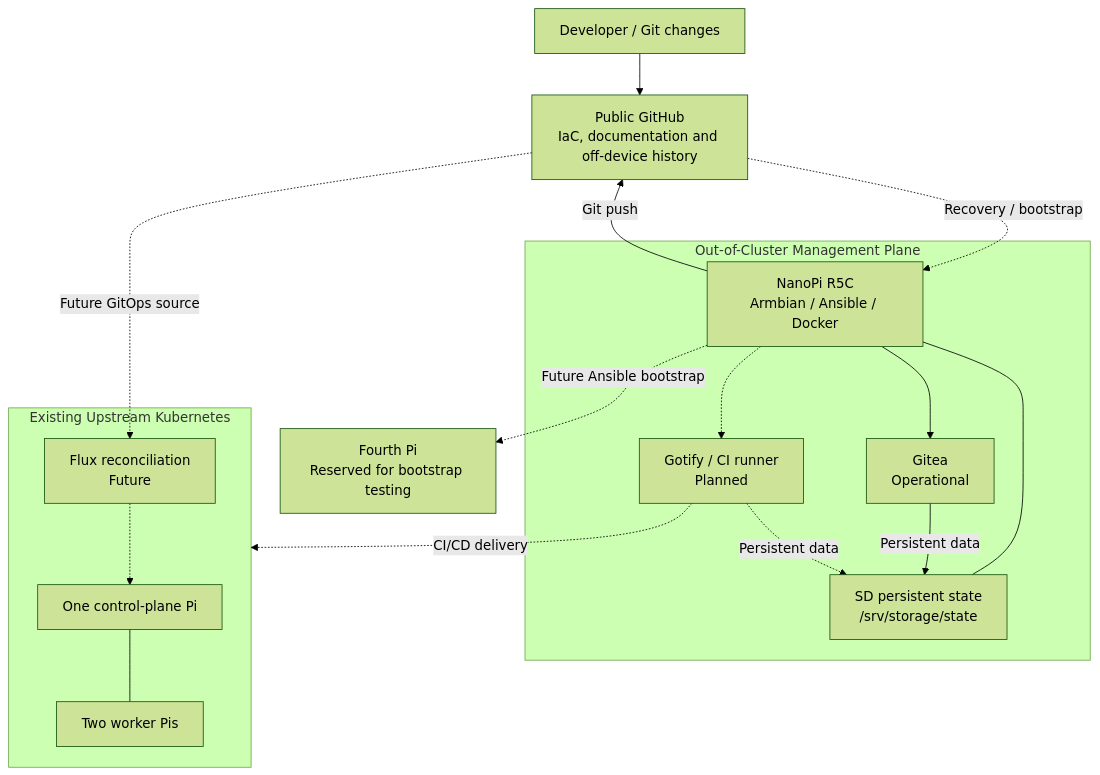
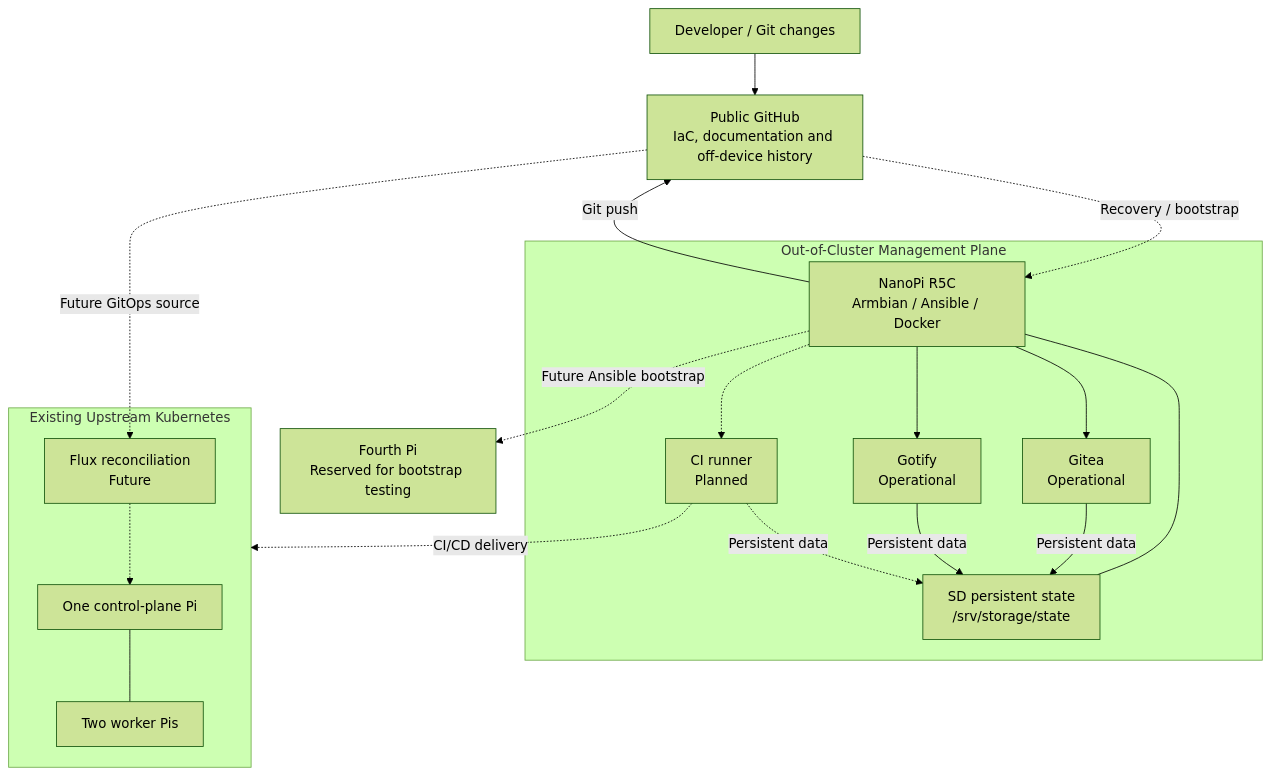
Before and after one commit to ctalaveraw/arm-homelab-platform: the diagram in README.md, drawn with Mermaid (forest theme). The commit also changed other lines of this file and 8 other files, not shown here.

Commit message:
feat(gotify): deploy persistent notification service

````diff
--- a/README.md
+++ b/README.md
@@ -46,38 +46,41 @@
 ```mermaid
 flowchart TB
 
     DEV["Developer / Git changes"]
     GH["Public GitHub<br/>IaC, documentation and off-device history"]
 
     subgraph MGMT["Out-of-Cluster Management Plane"]
         R5C["NanoPi R5C<br/>Armbian / Ansible / Docker"]
         GITEA["Gitea<br/>Operational"]
-        FUTURE["Gotify / CI runner<br/>Planned"]
+        GOTIFY["Gotify<br/>Operational"]
+        FUTURE["CI runner<br/>Planned"]
         SD["SD persistent state<br/>/srv/storage/state"]
 
         R5C --- SD
         R5C --> GITEA
+        R5C --> GOTIFY
         R5C -.-> FUTURE
         GITEA -->|"Persistent data"| SD
+        GOTIFY -->|"Persistent data"| SD
         FUTURE -.->|"Persistent data"| SD
     end
 
     subgraph COMPUTE["Existing Upstream Kubernetes"]
         CP["One control-plane Pi"]
         WK["Two worker Pis"]
         FLUX["Flux reconciliation<br/>Future"]
 
         CP --- WK
         FLUX -.-> CP
     end
 
     SPARE["Fourth Pi<br/>Reserved for bootstrap testing"]
 
     DEV --> GH
     R5C -->|"Git push"| GH
     GH -.->|"Recovery / bootstrap"| R5C
 
     FUTURE -.->|"CI/CD delivery"| COMPUTE
     GH -.->|"Future GitOps source"| FLUX
     R5C -.->|"Future Ansible bootstrap"| SPARE
 ```
````
